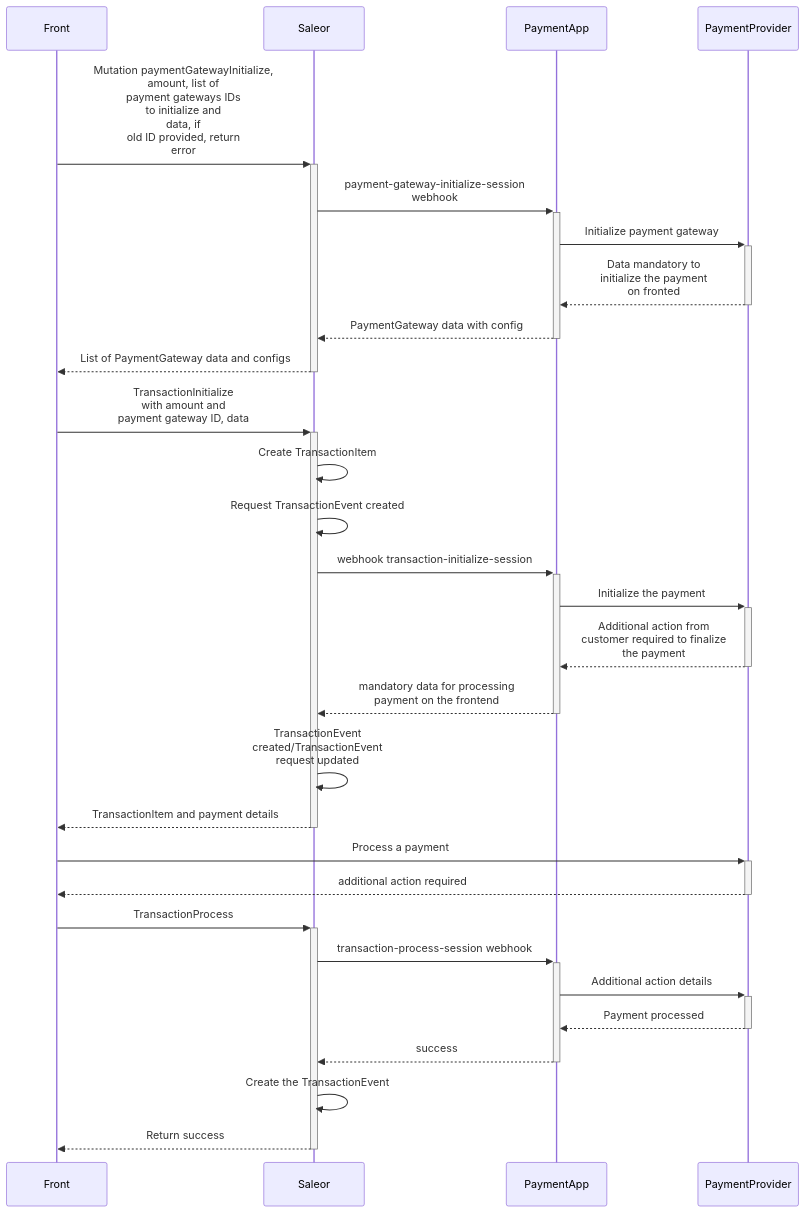
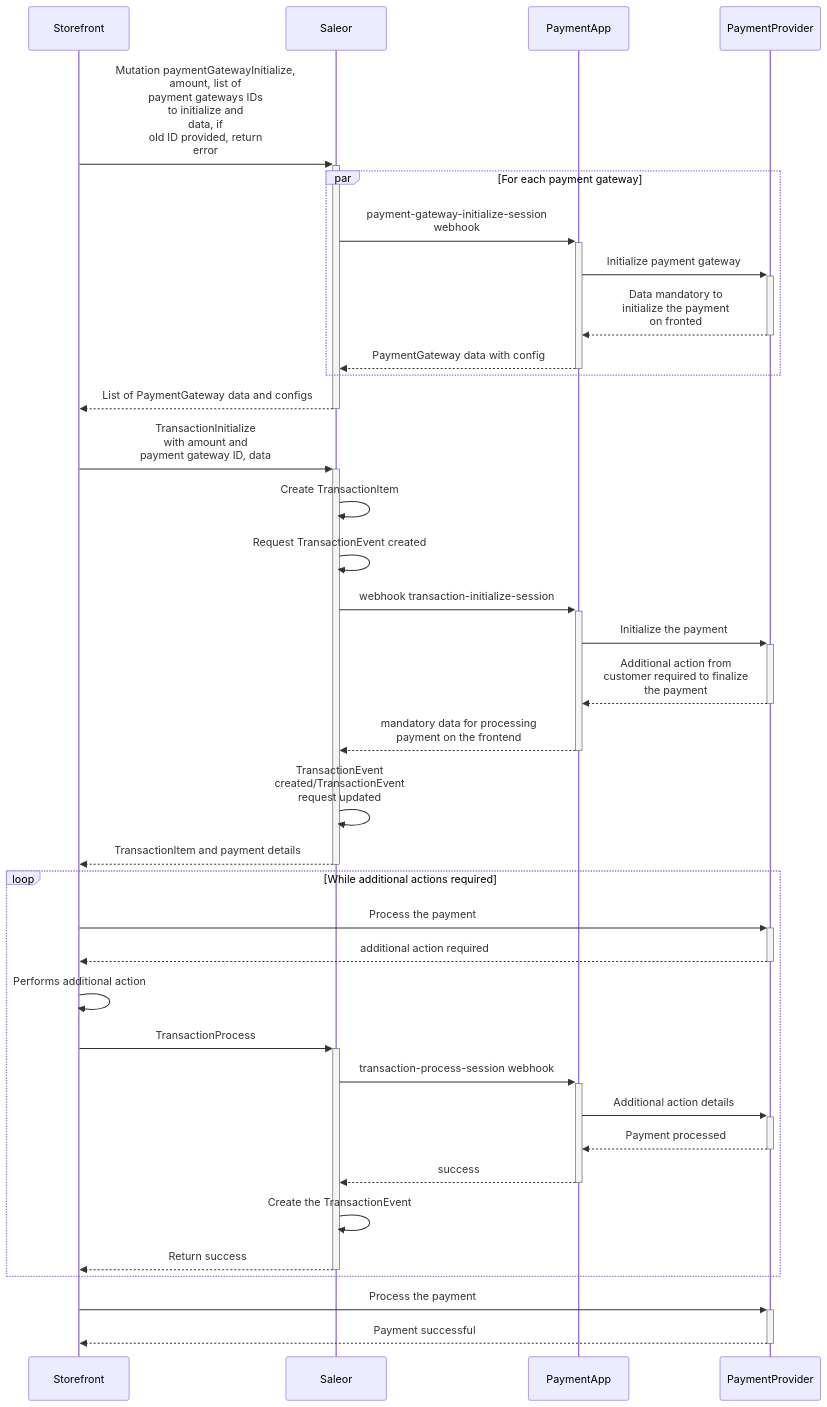
The first of 5 diagrams in docs/developer/payments.mdx (saleor/saleor-docs), drawn with Mermaid before and after one commit. The commit also changed other lines of this file and 10 other files, not shown here.

````diff
--- a/docs/developer/payments.mdx
+++ b/docs/developer/payments.mdx
@@ -48,27 +59,34 @@
 ```mermaid
 sequenceDiagram
-  Front ->>+ Saleor: Mutation paymentGatewayInitialize,<br>amount, list of<br>payment gateways IDs<br>to initialize and <br>data, if<br>old ID provided, return<br>error
-  Saleor ->>+ PaymentApp: payment-gateway-initialize-session<br>webhook
-  PaymentApp ->>+ PaymentProvider: Initialize payment gateway
-  PaymentProvider -->>- PaymentApp: Data mandatory to<br>initialize the payment<br>on fronted
-  PaymentApp -->>- Saleor: PaymentGateway data with config
-  Saleor -->>- Front: List of PaymentGateway data and configs
-  Front ->>+ Saleor: TransactionInitialize<br> with amount and<br>payment gateway ID, data
+  Storefront ->>+ Saleor: Mutation paymentGatewayInitialize,<br>amount, list of<br>payment gateways IDs<br>to initialize and <br>data, if<br>old ID provided, return<br>error
+  par For each payment gateway
+    Saleor ->>+ PaymentApp: payment-gateway-initialize-session<br>webhook
+    PaymentApp ->>+ PaymentProvider: Initialize payment gateway
+    PaymentProvider -->>- PaymentApp: Data mandatory to<br>initialize the payment<br>on fronted
+    PaymentApp -->>- Saleor: PaymentGateway data with config
+  end
+  Saleor -->>- Storefront: List of PaymentGateway data and configs
+  Storefront ->>+ Saleor: TransactionInitialize<br> with amount and<br>payment gateway ID, data
   Saleor ->> Saleor: Create TransactionItem
   Saleor ->> Saleor: Request TransactionEvent created
   Saleor ->>+ PaymentApp: webhook transaction-initialize-session
   PaymentApp ->>+ PaymentProvider: Initialize the payment
   PaymentProvider -->>- PaymentApp: Additional action from<br>customer required to finalize<br>the payment
   PaymentApp -->>- Saleor: mandatory data for processing<br>payment on the frontend
   Saleor ->> Saleor: TransactionEvent <br>created/TransactionEvent<br>request updated
-  Saleor -->>- Front: TransactionItem and payment details
-  Front ->>+ PaymentProvider: Process a payment
-  PaymentProvider -->>- Front: additional action required
-  Front ->>+ Saleor: TransactionProcess
-  Saleor ->>+ PaymentApp: transaction-process-session webhook
-  PaymentApp ->>+ PaymentProvider: Additional action details
-  PaymentProvider -->>- PaymentApp: Payment processed
-  PaymentApp -->>- Saleor: success
-  Saleor ->> Saleor: Create the TransactionEvent
-  Saleor -->>- Front: Return success
+  Saleor -->>- Storefront: TransactionItem and payment details
+  loop While additional actions required
+    Storefront ->>+ PaymentProvider: Process the payment
+    PaymentProvider -->>- Storefront: additional action required
+    Storefront ->> Storefront: Performs additional action
+    Storefront ->>+ Saleor: TransactionProcess
+    Saleor ->>+ PaymentApp: transaction-process-session webhook
+    PaymentApp ->>+ PaymentProvider: Additional action details
+    PaymentProvider -->>- PaymentApp: Payment processed
+    PaymentApp -->>- Saleor: success
+    Saleor ->> Saleor: Create the TransactionEvent
+    Saleor -->>- Storefront: Return success
+  end
+  Storefront ->>+ PaymentProvider: Process the payment
+  PaymentProvider -->>- Storefront: Payment successful
 ```
````
